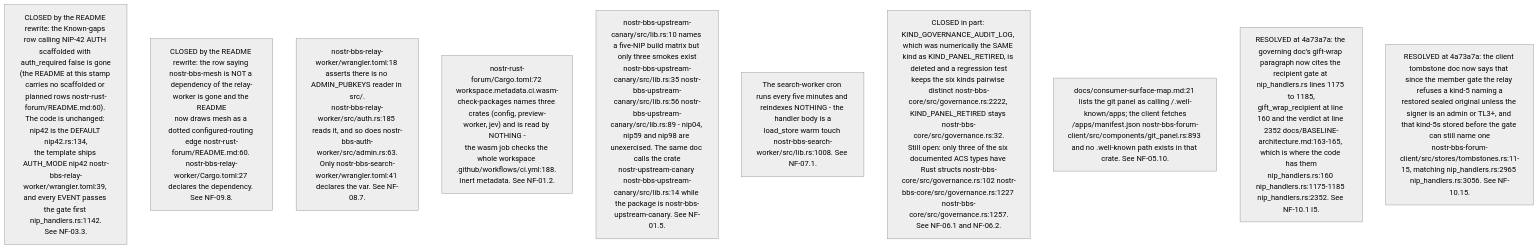
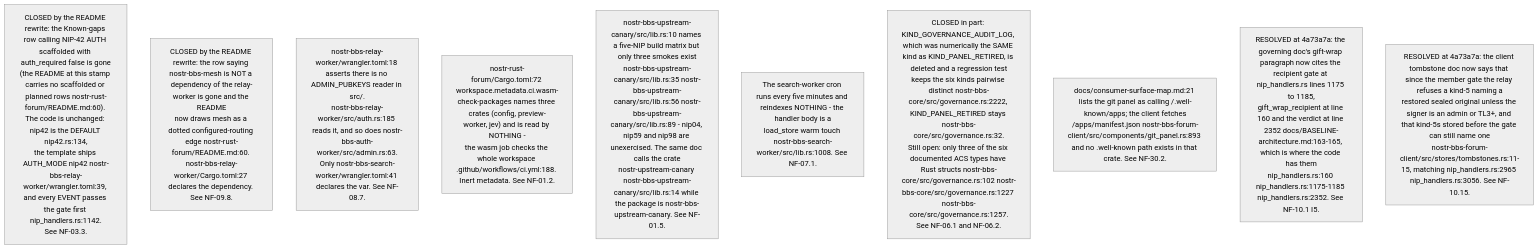
Before and after one commit to DreamLab-AI/VisionFlow: the fifth of 15 diagrams in docs/diagrams/nostr-rust-forum/10-invariants-and-anomaly-register.md, drawn with Mermaid (neutral theme). The commit also changed other lines of this file and 6 other files, not shown here.

First line of the commit message:
docs(diagrams): split NF-05 into NF-05, NF-30 (messaging) and NF-31 (BBS, zones, push)

````diff
--- a/docs/diagrams/nostr-rust-forum/10-invariants-and-anomaly-register.md
+++ b/docs/diagrams/nostr-rust-forum/10-invariants-and-anomaly-register.md
@@ -188,13 +188,13 @@
 ```mermaid
 flowchart TB
     DD1["CLOSED by the README rewrite: the Known-gaps row calling NIP-42 AUTH scaffolded with auth_required false is gone<br/>(the README at this stamp carries no scaffolded or planned rows nostr-rust-forum/README.md:60). The code is unchanged: nip42 is the DEFAULT nip42.rs:134,<br/>the template ships AUTH_MODE nip42 nostr-bbs-relay-worker/wrangler.toml:39, and every EVENT passes the gate first nip_handlers.rs:1142.<br/>See NF-03.3."]
     DD2["CLOSED by the README rewrite: the row saying nostr-bbs-mesh is NOT a dependency of the relay-worker is gone and the README<br/>now draws mesh as a dotted configured-routing edge nostr-rust-forum/README.md:60. nostr-bbs-relay-worker/Cargo.toml:27 declares the dependency. See NF-09.8."]
     DD3["nostr-bbs-relay-worker/wrangler.toml:18 asserts there is no ADMIN_PUBKEYS reader in src/.<br/>nostr-bbs-relay-worker/src/auth.rs:185 reads it, and so does nostr-bbs-auth-worker/src/admin.rs:63.<br/>Only nostr-bbs-search-worker/wrangler.toml:41 declares the var. See NF-08.7."]
     DD4["nostr-rust-forum/Cargo.toml:72 workspace.metadata.ci.wasm-check-packages names three crates (config, preview-worker, jev) and is read by NOTHING -<br/>the wasm job checks the whole workspace .github/workflows/ci.yml:188. Inert metadata. See NF-01.2."]
     DD5["nostr-bbs-upstream-canary/src/lib.rs:10 names a five-NIP build matrix but only three smokes exist<br/>nostr-bbs-upstream-canary/src/lib.rs:35 nostr-bbs-upstream-canary/src/lib.rs:56 nostr-bbs-upstream-canary/src/lib.rs:89 - nip04, nip59 and nip98 are unexercised. The same doc calls the crate<br/>nostr-upstream-canary nostr-bbs-upstream-canary/src/lib.rs:14 while the package is nostr-bbs-upstream-canary. See NF-01.5."]
     DD6["The search-worker cron runs every five minutes and reindexes NOTHING - the handler body is a<br/>load_store warm touch nostr-bbs-search-worker/src/lib.rs:1008. See NF-07.1."]
     DD7["CLOSED in part: KIND_GOVERNANCE_AUDIT_LOG, which was numerically the SAME kind as KIND_PANEL_RETIRED, is deleted and a regression test<br/>keeps the six kinds pairwise distinct nostr-bbs-core/src/governance.rs:2222, KIND_PANEL_RETIRED stays nostr-bbs-core/src/governance.rs:32.<br/>Still open: only three of the six documented ACS types have Rust structs nostr-bbs-core/src/governance.rs:102 nostr-bbs-core/src/governance.rs:1227 nostr-bbs-core/src/governance.rs:1257.<br/>See NF-06.1 and NF-06.2."]
-    DD8["docs/consumer-surface-map.md:21 lists the git panel as calling /.well-known/apps; the client fetches<br/>/apps/manifest.json nostr-bbs-forum-client/src/components/git_panel.rs:893 and no .well-known path exists in that crate. See NF-05.10."]
+    DD8["docs/consumer-surface-map.md:21 lists the git panel as calling /.well-known/apps; the client fetches<br/>/apps/manifest.json nostr-bbs-forum-client/src/components/git_panel.rs:893 and no .well-known path exists in that crate. See NF-30.2."]
     DD9["RESOLVED at 4a73a7a: the governing doc's gift-wrap paragraph now cites the recipient gate at nip_handlers.rs lines 1175 to 1185,<br/>gift_wrap_recipient at line 160 and the verdict at line 2352 docs/BASELINE-architecture.md:163-165, which is where the code has them<br/>nip_handlers.rs:160 nip_handlers.rs:1175-1185 nip_handlers.rs:2352. See NF-10.1 I5."]
     DD10["RESOLVED at 4a73a7a: the client tombstone doc now says that since the member gate the relay refuses a kind-5 naming a<br/>restored sealed original unless the signer is an admin or TL3+, and that kind-5s stored before the gate can still name one<br/>nostr-bbs-forum-client/src/stores/tombstones.rs:11-15, matching nip_handlers.rs:2965 nip_handlers.rs:3056. See NF-10.15."]
 ```
````
